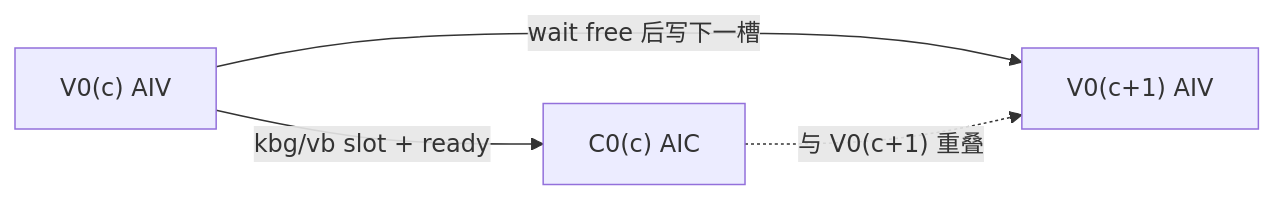
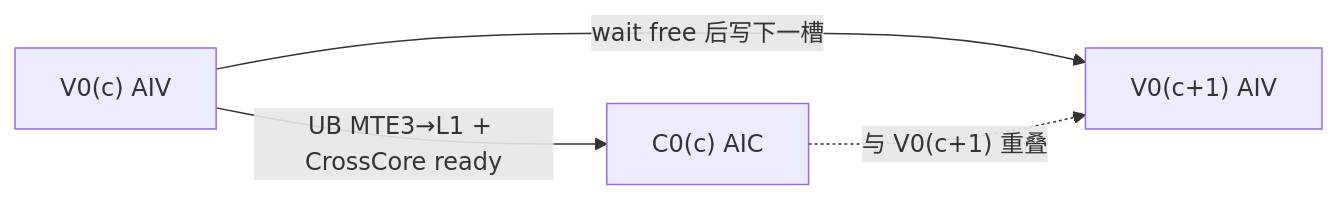
Before and after one commit to LiYuanqg/flash-linear-attention-npu: the first of 4 diagrams in kda_gate_wu_fusion_golden/DESIGN.md, drawn with Mermaid. The commit also changed other lines of this file and 2 other files, not shown here.

````diff
--- a/kda_gate_wu_fusion_golden/DESIGN.md
+++ b/kda_gate_wu_fusion_golden/DESIGN.md
@@ -71,6 +71,6 @@
 ```mermaid
 flowchart LR
-  V0c["V0(c) AIV"] -->|"kbg/vb slot + ready"| C0c["C0(c) AIC"]
+  V0c["V0(c) AIV"] -->|"UB MTE3→L1 + CrossCore ready"| C0c["C0(c) AIC"]
   V0c -->|"wait free 后写下一槽"| V0n["V0(c+1) AIV"]
   C0c -.->|"与 V0(c+1) 重叠"| V0n
 ```
````
